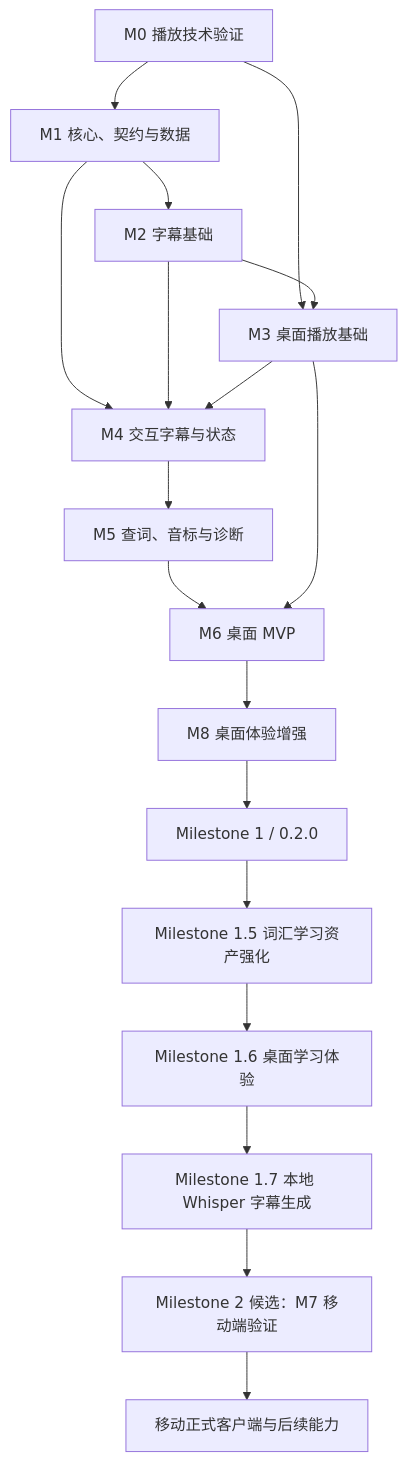
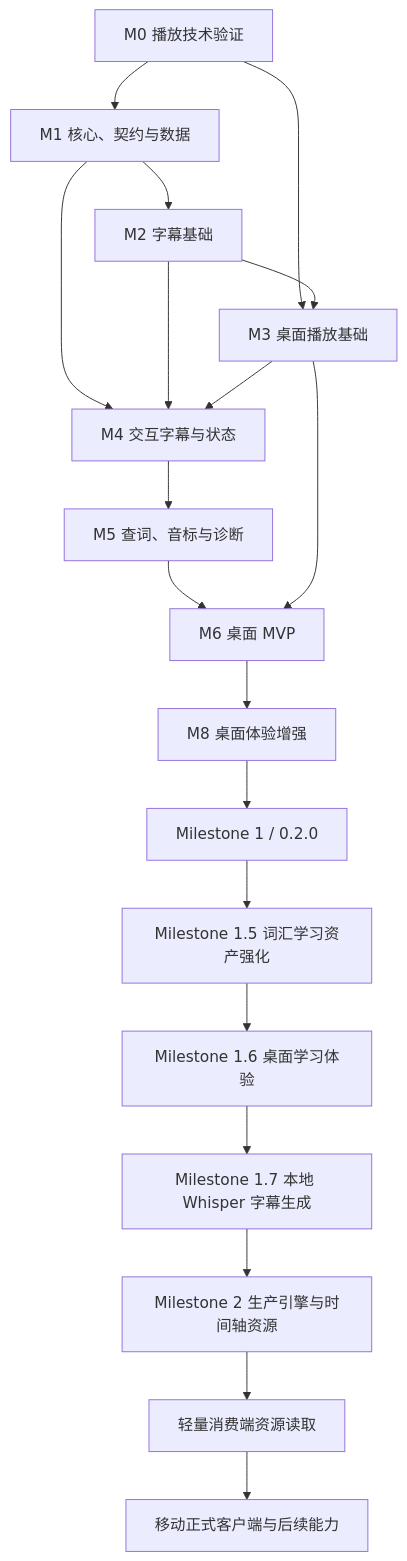
Before and after one commit to ichthyoplanktonzyh/listen: the diagram in core/roadmap.md, drawn with Mermaid. The commit also changed other lines of this file and 4 other files, not shown here.

Commit message:
Reframe product around timeline production engine

````diff
--- a/core/roadmap.md
+++ b/core/roadmap.md
@@ -1219,20 +1261,21 @@
 ```mermaid
 flowchart TD
     M0["M0 播放技术验证"] --> M1["M1 核心、契约与数据"]
     M0 --> M3["M3 桌面播放基础"]
     M1 --> M2["M2 字幕基础"]
     M2 --> M3
     M1 --> M4["M4 交互字幕与状态"]
     M2 --> M4
     M3 --> M4
     M4 --> M5["M5 查词、音标与诊断"]
     M5 --> M6["M6 桌面 MVP"]
     M3 --> M6
     M6 --> M8["M8 桌面体验增强"]
     M8 --> MS1["Milestone 1 / 0.2.0"]
     MS1 --> M15["Milestone 1.5 词汇学习资产强化"]
     M15 --> M16["Milestone 1.6 桌面学习体验"]
     M16 --> M17["Milestone 1.7 本地 Whisper 字幕生成"]
-    M17 --> M7["Milestone 2 候选：M7 移动端验证"]
-    M7 --> FUTURE["移动正式客户端与后续能力"]
+    M17 --> M2P["Milestone 2 生产引擎与时间轴资源"]
+    M2P --> M2C["轻量消费端资源读取"]
+    M2C --> FUTURE["移动正式客户端与后续能力"]
 ```
````
